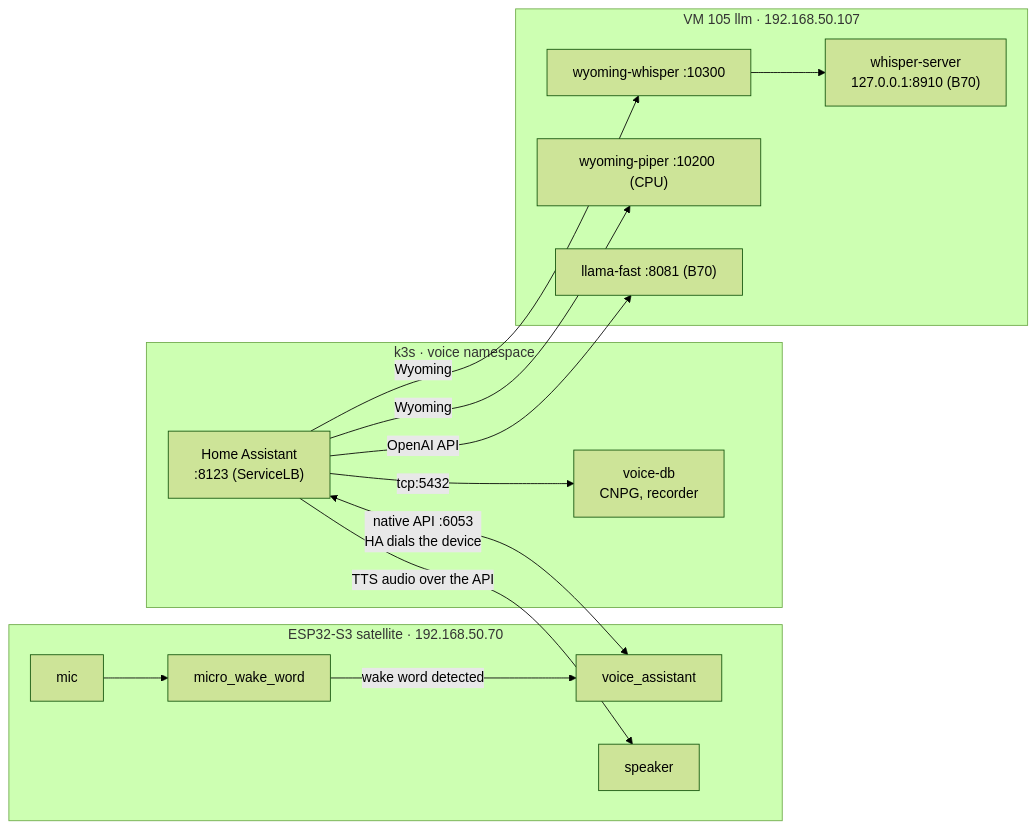
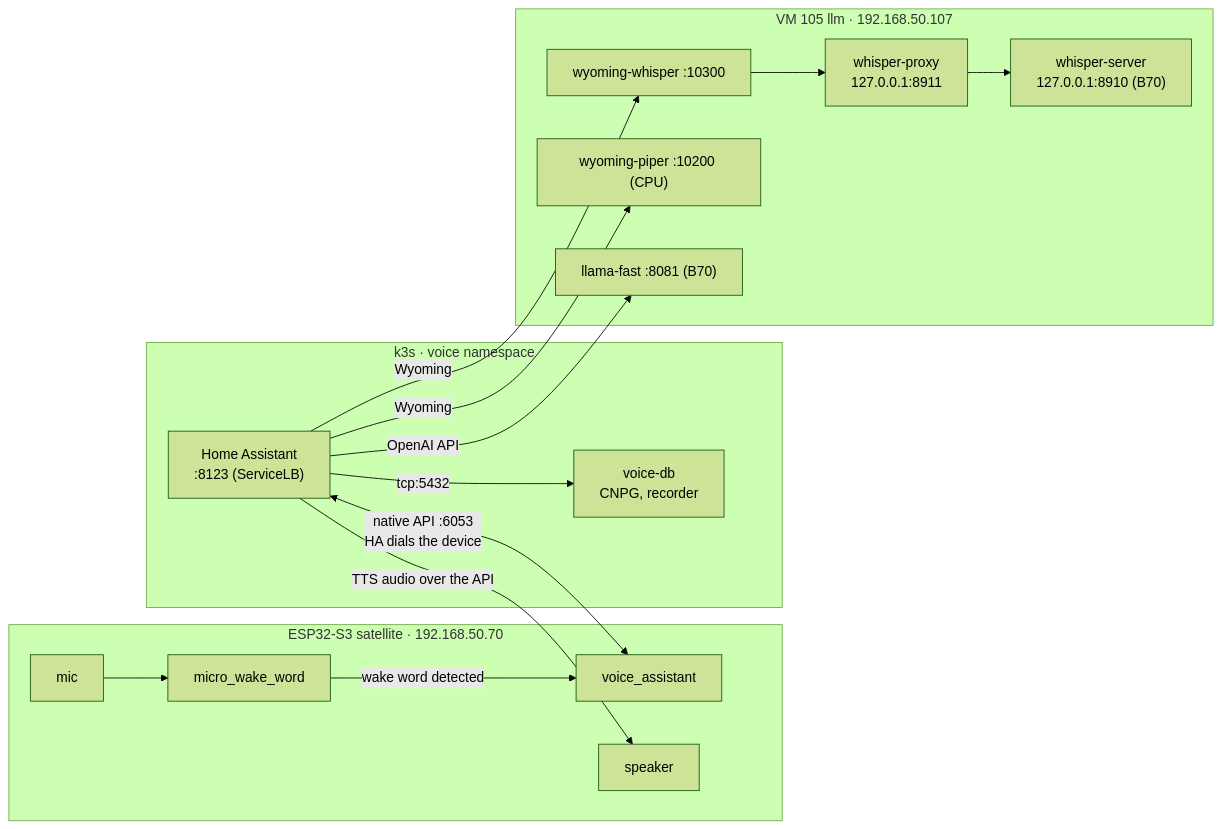
The diagram in VOICE.md (lambo-n/homelab), drawn with Mermaid (forest theme) before and after one commit. The commit also changed other lines of this file and 10 other files, not shown here.

````diff
--- a/VOICE.md
+++ b/VOICE.md
@@ -31,28 +31,30 @@
 ```mermaid
 flowchart LR
   subgraph sat["ESP32-S3 satellite · 192.168.50.70"]
     mic["mic"]
     mww["micro_wake_word"]
     va["voice_assistant"]
     spk["speaker"]
   end
   subgraph k3s["k3s · voice namespace"]
     ha["Home Assistant<br/>:8123 (ServiceLB)"]
     db["voice-db<br/>CNPG, recorder"]
   end
   subgraph llm["VM 105 llm · 192.168.50.107"]
     ww["wyoming-whisper :10300"]
+    wpx["whisper-proxy<br/>127.0.0.1:8911"]
     ws["whisper-server<br/>127.0.0.1:8910 (B70)"]
     wp["wyoming-piper :10200 (CPU)"]
     lf["llama-fast :8081 (B70)"]
   end
   mic --> mww
   mww -- "wake word detected" --> va
   ha <-- "native API :6053<br/>HA dials the device" --> va
   ha -- "TTS audio over the API" --> spk
   ha -- "Wyoming" --> ww
-  ww --> ws
+  ww --> wpx
+  wpx --> ws
   ha -- "Wyoming" --> wp
   ha -- "OpenAI API" --> lf
   ha -- "tcp:5432" --> db
 ```
````
